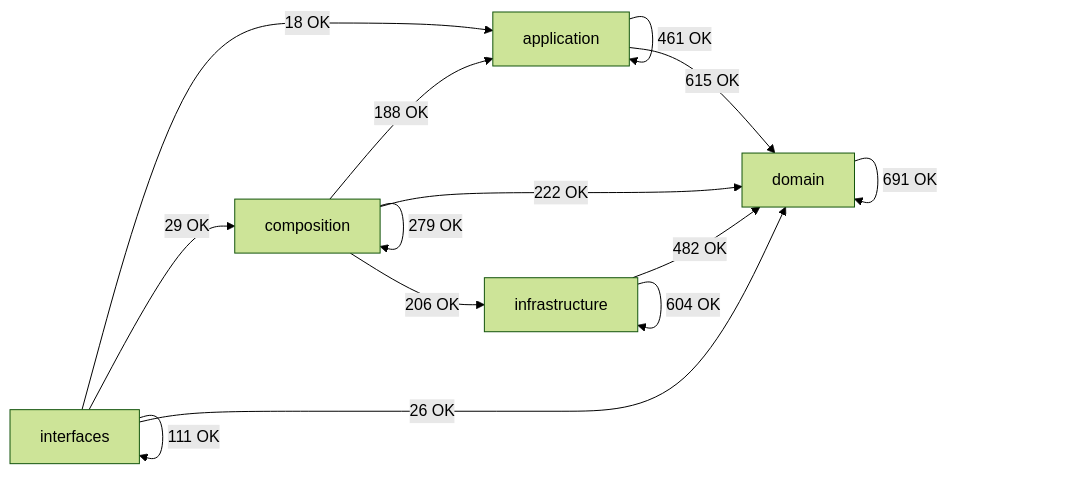
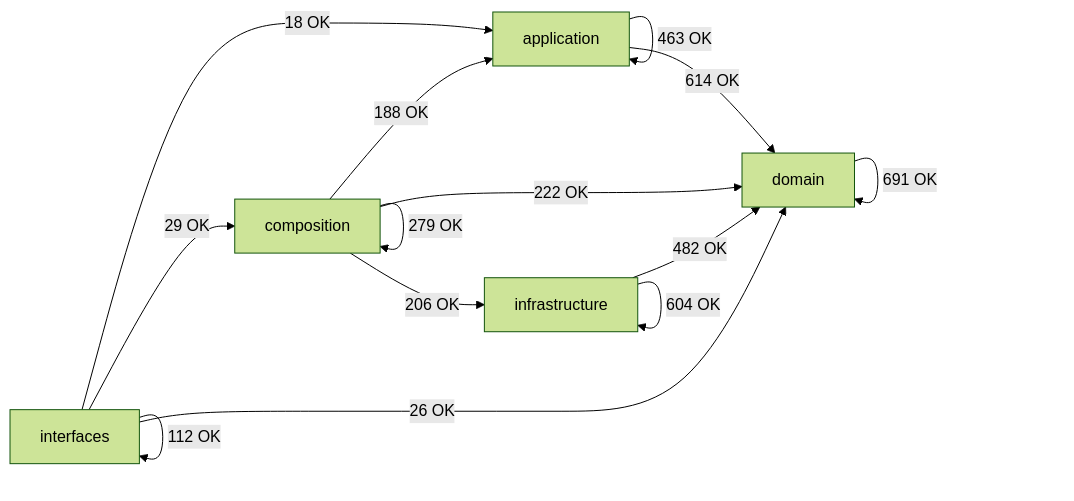
The diagram in docs/02-architecture/generated/module-dependency-map.md (SatoryKono/BioactivityDataAcquisition), drawn with Mermaid (forest theme) before and after one commit. The commit also changed other lines of this file and 29 other files, not shown here.

First line of the commit message:
feat(datasource): add canonical helper for provider-bound creators [feat/mmd-diagrams-improvements]

````diff
--- a/docs/02-architecture/generated/module-dependency-map.md
+++ b/docs/02-architecture/generated/module-dependency-map.md
@@ -16,21 +16,21 @@
 ```mermaid
 flowchart LR
     domain[domain]
     application[application]
     infrastructure[infrastructure]
     composition[composition]
     interfaces[interfaces]
-    application -->|461 OK| application
-    application -->|615 OK| domain
+    application -->|463 OK| application
+    application -->|614 OK| domain
     composition -->|188 OK| application
     composition -->|279 OK| composition
     composition -->|222 OK| domain
     composition -->|206 OK| infrastructure
     domain -->|691 OK| domain
     infrastructure -->|482 OK| domain
     infrastructure -->|604 OK| infrastructure
     interfaces -->|18 OK| application
     interfaces -->|29 OK| composition
     interfaces -->|26 OK| domain
-    interfaces -->|111 OK| interfaces
+    interfaces -->|112 OK| interfaces
 ```
````
